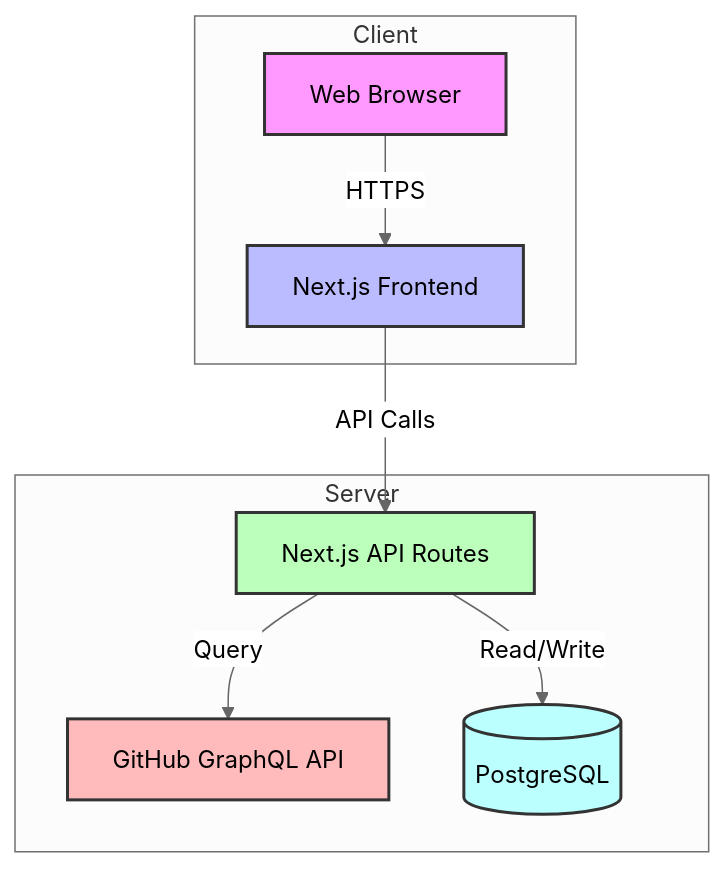
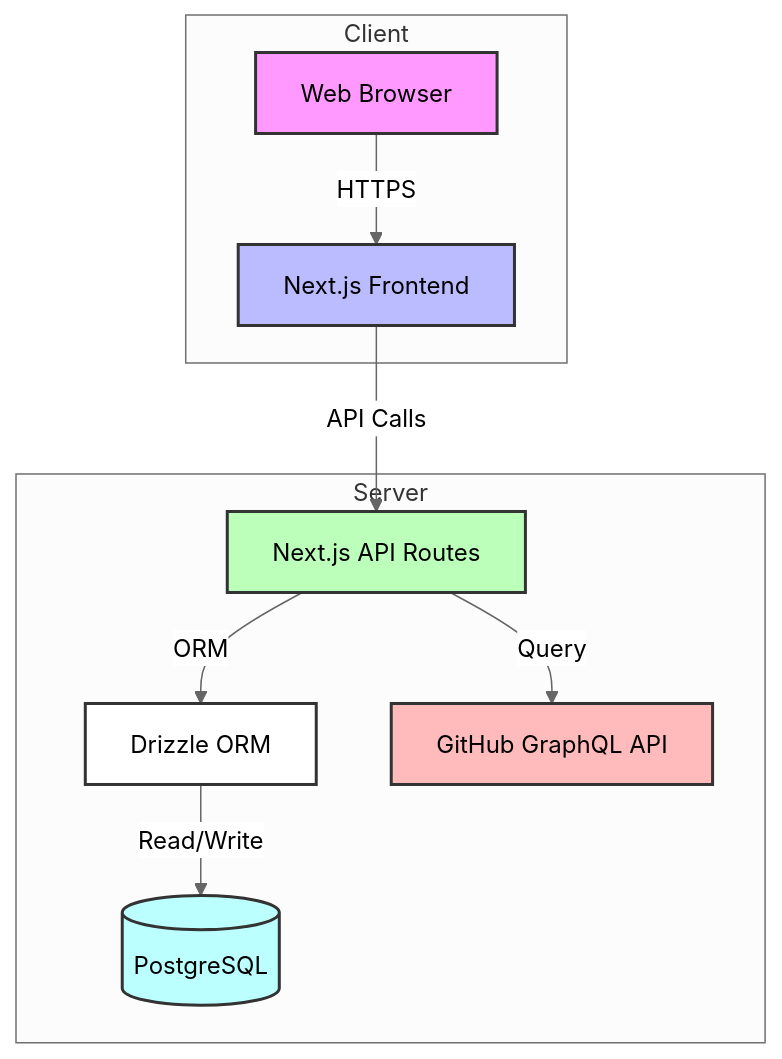
The first of 7 diagrams in docs/architecture-diagrams.md (aviram-shubeili/code-flow), drawn with Mermaid (neutral theme) before and after one commit. The commit also changed other lines of this file and 2 other files, not shown here.

Commit message:
docs: update architectural diagrams and add migration notes for Prisma to Drizzle transition

````diff
--- a/docs/architecture-diagrams.md
+++ b/docs/architecture-diagrams.md
@@ -5,18 +5,20 @@
 ```mermaid
 graph TD
     subgraph Client
         A[Web Browser] -->|HTTPS| B[Next.js Frontend]
     end
 
     subgraph Server
         B -->|API Calls| C[Next.js API Routes]
+        C -->|ORM| P[Drizzle ORM]
+        P -->|Read/Write| E[(PostgreSQL)]
         C -->|Query| D[GitHub GraphQL API]
-        C -->|Read/Write| E[(PostgreSQL)]
     end
 
     style A fill:#f9f,stroke:#333,stroke-width:2px
     style B fill:#bbf,stroke:#333,stroke-width:2px
     style C fill:#bfb,stroke:#333,stroke-width:2px
     style D fill:#fbb,stroke:#333,stroke-width:2px
     style E fill:#bff,stroke:#333,stroke-width:2px
+    style P fill:#fff,stroke:#333,stroke-width:2px
 ```
````
